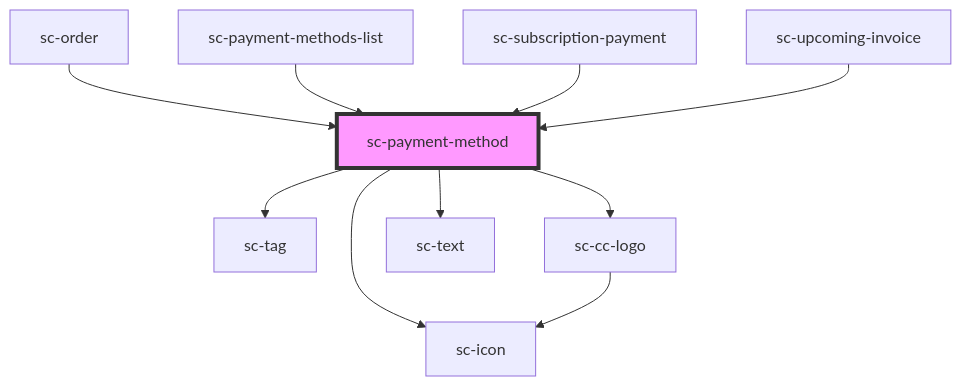
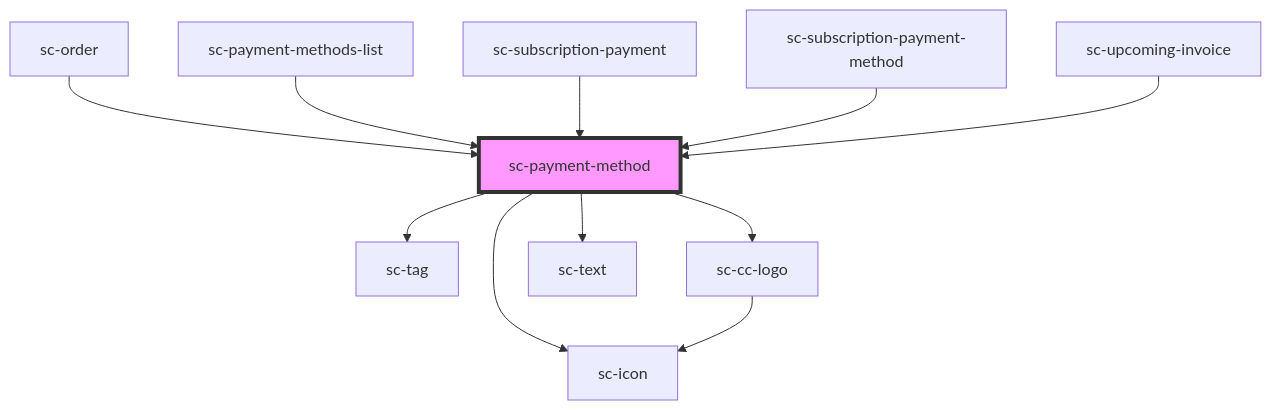
The diagram in packages/components/src/components/ui/sc-payment-method/readme.md (surecart/surecart-wp-plugin), drawn with Mermaid before and after one commit. The commit also changed other lines of this file and 23 other files, not shown here.

````diff
--- a/packages/components/src/components/ui/sc-payment-method/readme.md
+++ b/packages/components/src/components/ui/sc-payment-method/readme.md
@@ -40,13 +41,14 @@
 ```mermaid
 graph TD;
   sc-payment-method --> sc-tag
   sc-payment-method --> sc-cc-logo
   sc-payment-method --> sc-icon
   sc-payment-method --> sc-text
   sc-cc-logo --> sc-icon
   sc-order --> sc-payment-method
   sc-payment-methods-list --> sc-payment-method
   sc-subscription-payment --> sc-payment-method
+  sc-subscription-payment-method --> sc-payment-method
   sc-upcoming-invoice --> sc-payment-method
   style sc-payment-method fill:#f9f,stroke:#333,stroke-width:4px
 ```
````
